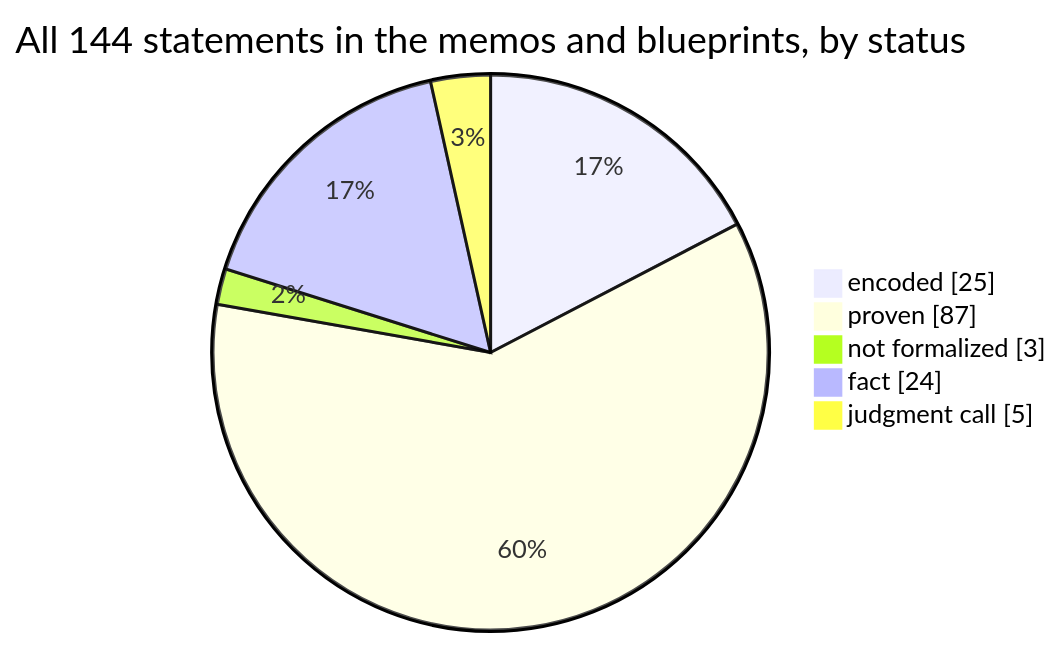
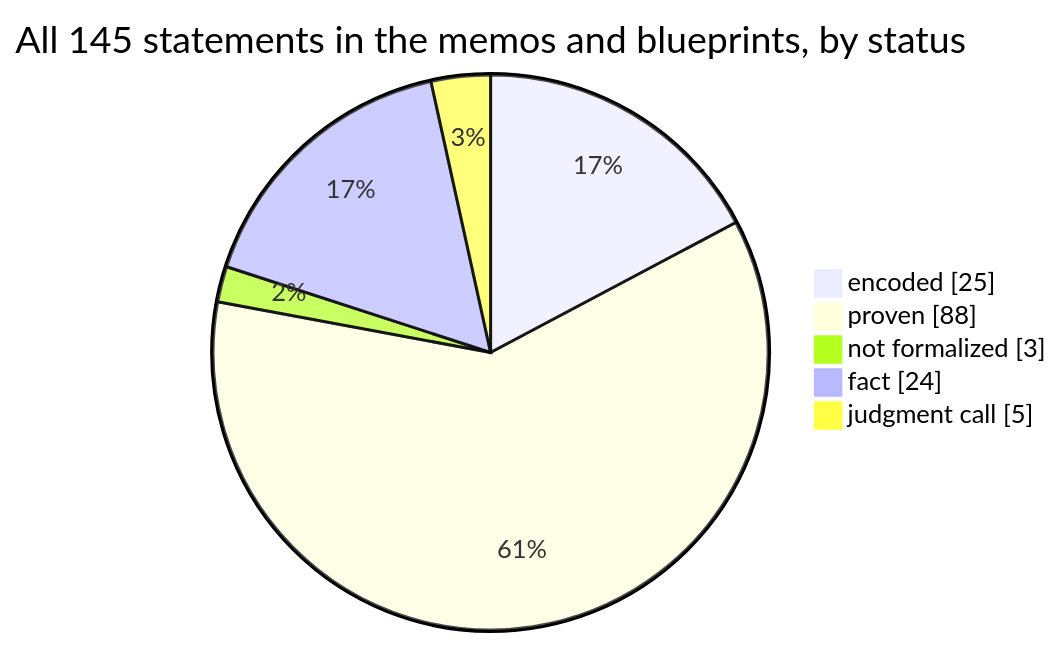
One commit to SeanWMurray/Canteen changed the first of 4 diagrams in docs/graphs/dashboard.md. Above: the diagram before and after it, drawn with Mermaid. The commit also changed other lines of this file and 18 other files, not shown here.

````diff
--- a/docs/graphs/dashboard.md
+++ b/docs/graphs/dashboard.md
@@ -11,8 +11,8 @@
 ```mermaid
-pie showData title All 144 statements in the memos and blueprints, by status
+pie showData title All 145 statements in the memos and blueprints, by status
     "encoded" : 25
-    "proven" : 87
+    "proven" : 88
     "not formalized" : 3
     "fact" : 24
     "judgment call" : 5
 ```
````
